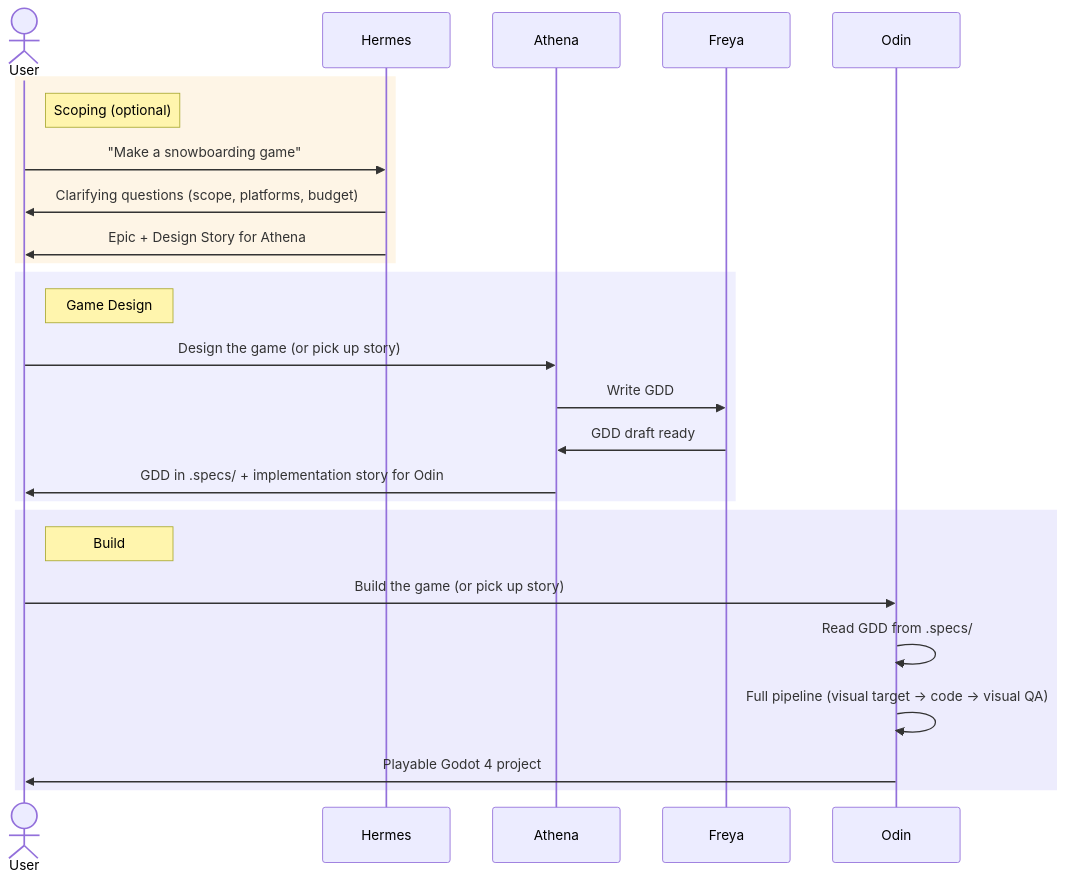
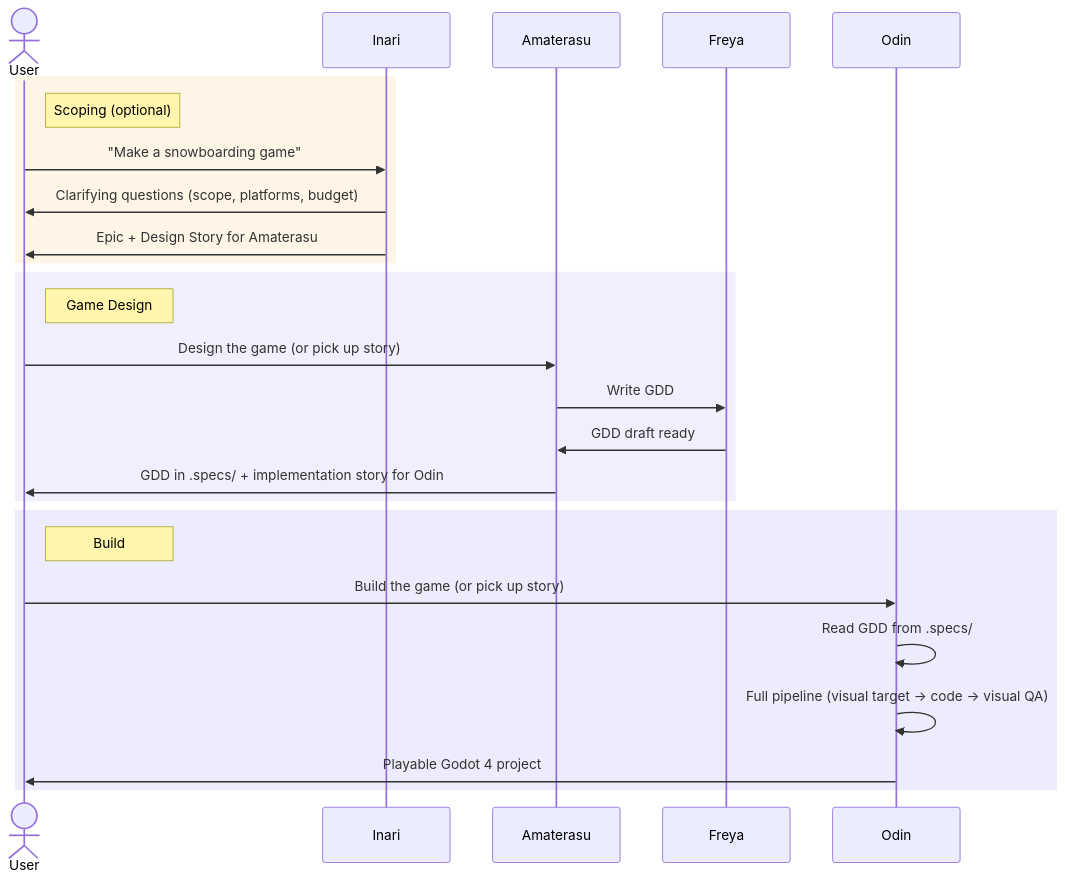
Before and after one commit to dragoscirjan/opencode-config: the first of 2 diagrams in README_GAME_DEV.md, drawn with Mermaid. The commit also changed other lines of this file and 25 other files, not shown here.

````diff
--- a/README_GAME_DEV.md
+++ b/README_GAME_DEV.md
@@ -51,31 +51,31 @@
 ```mermaid
 sequenceDiagram
     actor User
-    participant H as Hermes
-    participant A as Athena
+    participant H as Inari
+    participant A as Amaterasu
     participant F as Freya
     participant O as Odin
 
     rect rgb(245, 158, 11, 0.1)
     note right of User: Scoping (optional)
     User->>H: "Make a snowboarding game"
     H->>User: Clarifying questions (scope, platforms, budget)
-    H->>User: Epic + Design Story for Athena
+    H->>User: Epic + Design Story for Amaterasu
     end
 
     rect rgb(99, 102, 241, 0.1)
     note right of User: Game Design
     User->>A: Design the game (or pick up story)
     A->>F: Write GDD
     F->>A: GDD draft ready
     A->>User: GDD in .specs/ + implementation story for Odin
     end
 
     rect rgb(79, 70, 229, 0.1)
     note right of User: Build
     User->>O: Build the game (or pick up story)
     O->>O: Read GDD from .specs/
     O->>O: Full pipeline (visual target → code → visual QA)
     O->>User: Playable Godot 4 project
     end
 ```
````
